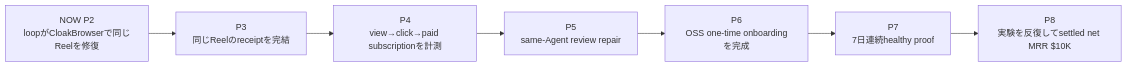
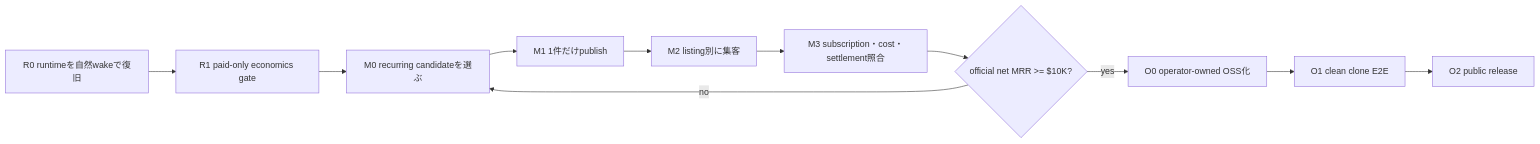
Before and after one commit to Daisuke134/anicca: the first of 4 diagrams in specs/29-CAPAFY-10K-MRR-CLOSED-LOOP.md, drawn with Mermaid. The commit also changed other lines of this file, not shown here.

Commit message:
docs(capafy): specify paid 10k loop before OSS

````diff
--- a/specs/29-CAPAFY-10K-MRR-CLOSED-LOOP.md
+++ b/specs/29-CAPAFY-10K-MRR-CLOSED-LOOP.md
@@ -13,9 +13,13 @@
 ```mermaid
 flowchart LR
-  NOW["NOW P2<br/>loopがCloakBrowserで同じReelを修復"] --> NEXT3["P3<br/>同じReelのreceiptを完結"]
-  NEXT3 --> LEARN["P4<br/>view→click→paid subscriptionを計測"]
-  LEARN --> SUPPLY["P5<br/>same-Agent review repair"]
-  SUPPLY --> OSS["P6<br/>OSS one-time onboardingを完成"]
-  OSS --> PROOF["P7<br/>7日連続healthy proof"]
-  PROOF --> MRR["P8<br/>実験を反復してsettled net MRR $10K"]
+  R0["R0 runtimeを自然wakeで復旧"] --> R1["R1 paid-only economics gate"]
+  R1 --> M0["M0 recurring candidateを選ぶ"]
+  M0 --> M1["M1 1件だけpublish"]
+  M1 --> M2["M2 listing別に集客"]
+  M2 --> M3["M3 subscription・cost・settlement照合"]
+  M3 --> M4{"official net MRR >= $10K?"}
+  M4 -- no --> M0
+  M4 -- yes --> O0["O0 operator-owned OSS化"]
+  O0 --> O1["O1 clean clone E2E"]
+  O1 --> O2["O2 public release"]
 ```
````
